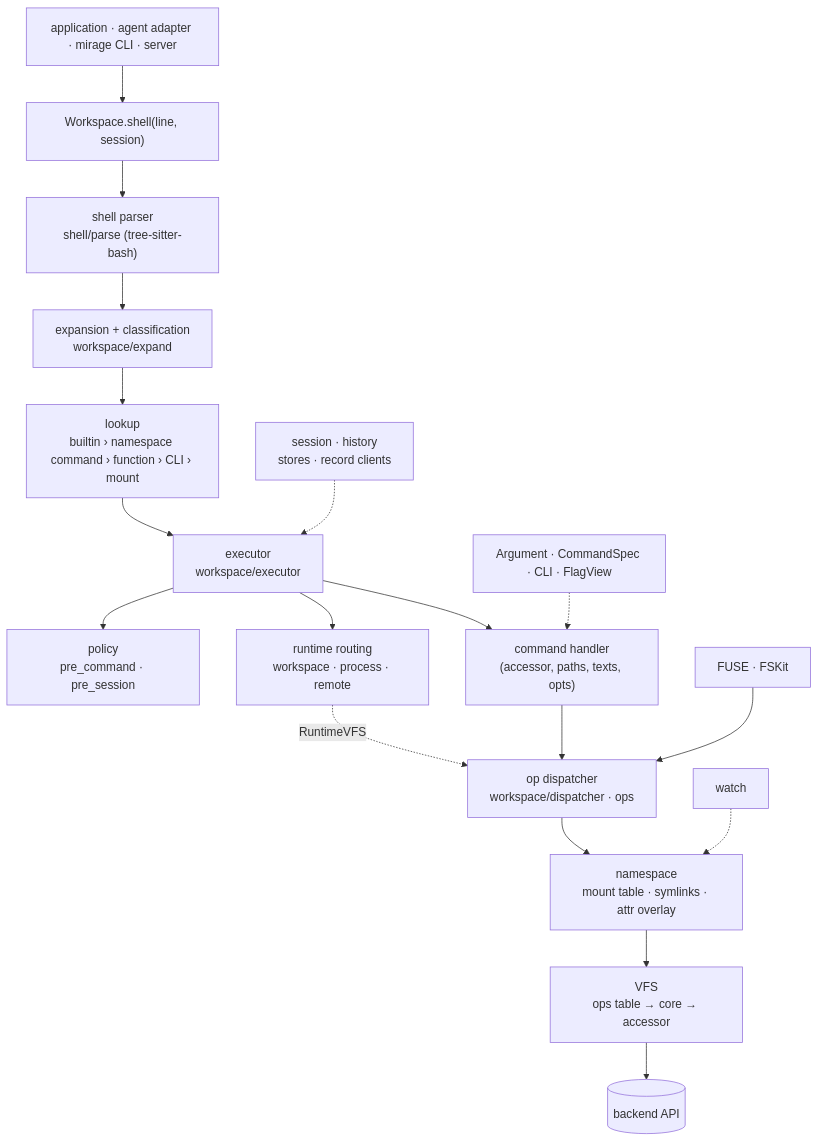
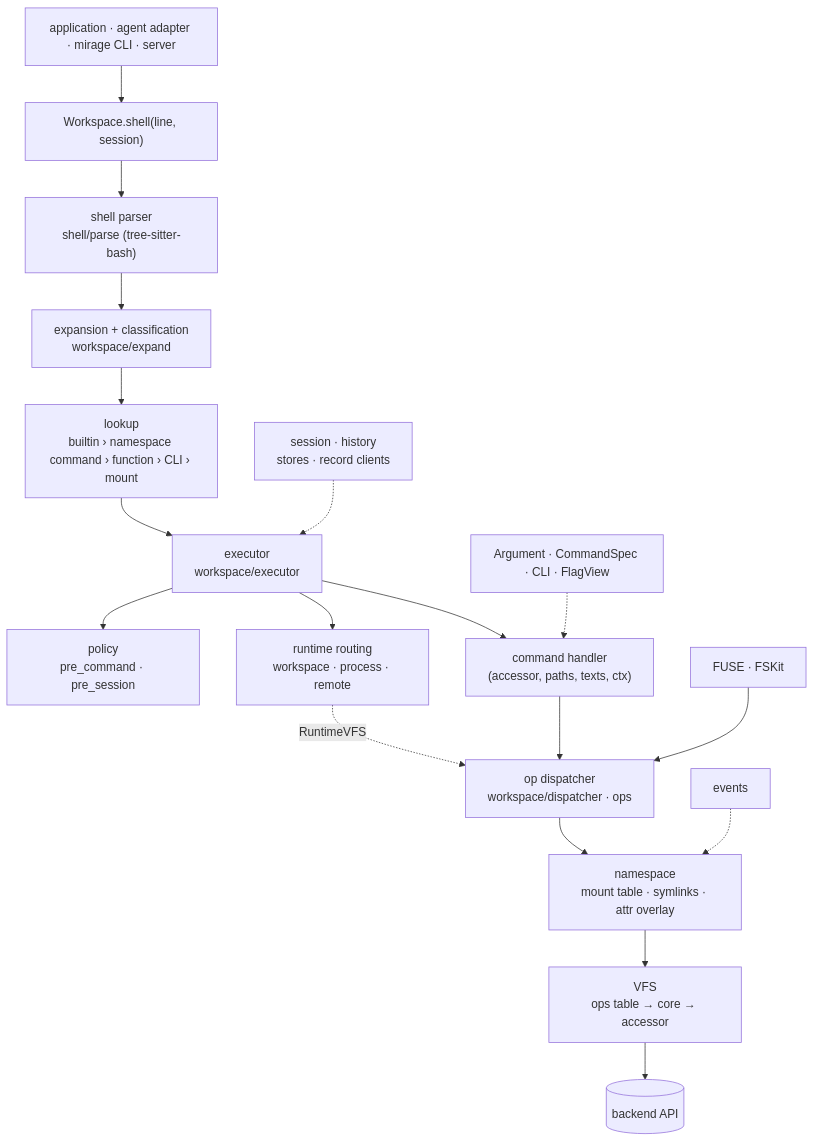
One commit to gabrielmoreira/agent-skills-mirror changed the first of 2 diagrams in mirrors/repos/strukto-ai@mirage/CLAUDE.md. Above: the diagram before and after it, drawn with Mermaid. The commit also changed other lines of this file and 4470 other files, not shown here.

````diff
--- a/mirrors/repos/strukto-ai@mirage/CLAUDE.md
+++ b/mirrors/repos/strukto-ai@mirage/CLAUDE.md
@@ -219,20 +221,20 @@
 ```mermaid
 flowchart TD
     App["application · agent adapter · mirage CLI · server"] --> WS["Workspace.shell(line, session)"]
     WS --> Parse["shell parser<br/>shell/parse (tree-sitter-bash)"]
     Parse --> Expand["expansion + classification<br/>workspace/expand"]
     Expand --> Lookup["lookup<br/>builtin › namespace command › function › CLI › mount"]
     Lookup --> Exec["executor<br/>workspace/executor"]
     Exec --> Policy["policy<br/>pre_command · pre_session"]
     Exec --> Runtime["runtime routing<br/>workspace · process · remote"]
-    Exec --> Handler["command handler<br/>(accessor, paths, texts, opts)"]
+    Exec --> Handler["command handler<br/>(accessor, paths, texts, ctx)"]
     Spec["Argument · CommandSpec · CLI · FlagView"] -.-> Handler
     Handler --> Dispatch["op dispatcher<br/>workspace/dispatcher · ops"]
     Runtime -. RuntimeVFS .-> Dispatch
     FUSE["FUSE · FSKit"] --> Dispatch
     Dispatch --> NS["namespace<br/>mount table · symlinks · attr overlay"]
     NS --> VFS["VFS<br/>ops table → core → accessor"]
     VFS --> Backend[("backend API")]
-    Watch["watch"] -.-> NS
+    Events["events"] -.-> NS
     Session["session · history<br/>stores · record clients"] -.-> Exec
 ```
````
